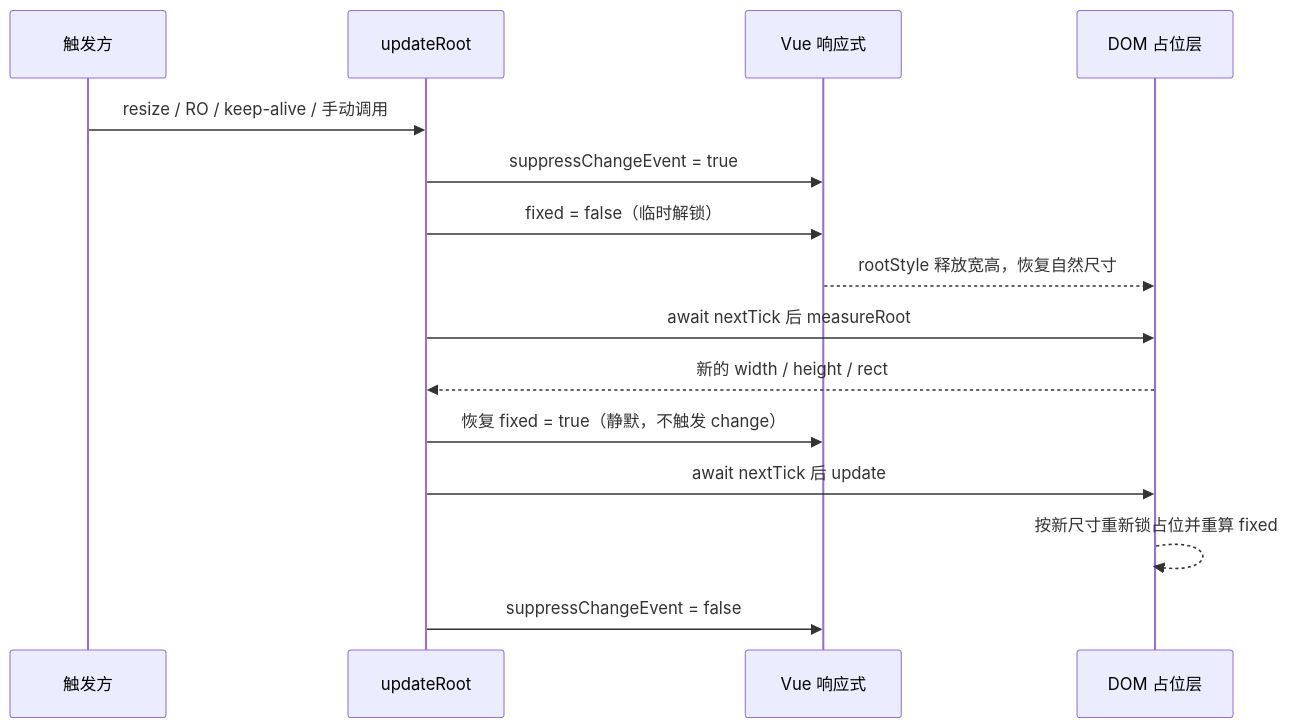
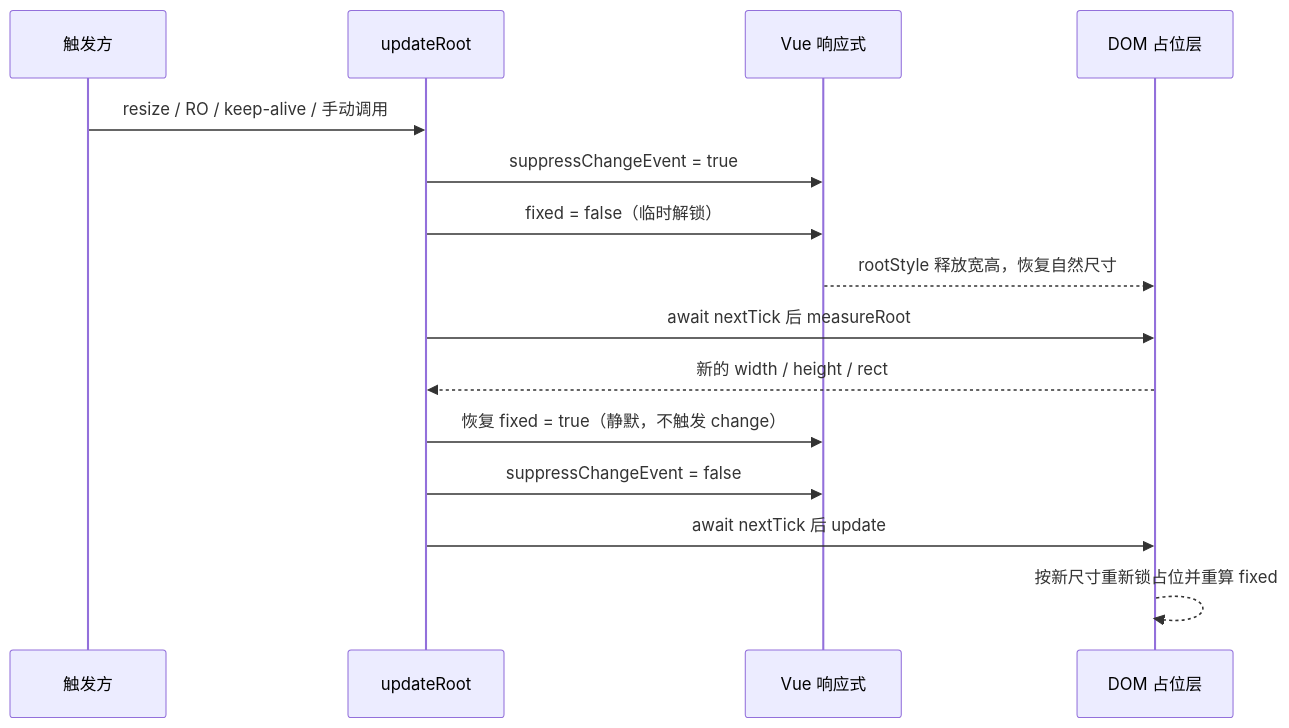
The second of 2 diagrams in column/5-13-Affix-固钉的几何计算.md (zhangzhengyang27/xiaoye-components), drawn with Mermaid before and after one commit. The commit also changed other lines of this file and 19 other files, not shown here.

````diff
--- a/column/5-13-Affix-固钉的几何计算.md
+++ b/column/5-13-Affix-固钉的几何计算.md
@@ -432,17 +432,17 @@
 ```mermaid
 sequenceDiagram
     participant C as 触发方
     participant U as updateRoot
     participant R as Vue 响应式
     participant D as DOM 占位层
     C->>U: resize / RO / keep-alive / 手动调用
     U->>R: suppressChangeEvent = true
     U->>R: fixed = false（临时解锁）
     R-->>D: rootStyle 释放宽高，恢复自然尺寸
     U->>D: await nextTick 后 measureRoot
     D-->>U: 新的 width / height / rect
     U->>R: 恢复 fixed = true（静默，不触发 change）
+    U->>R: suppressChangeEvent = false
     U->>D: await nextTick 后 update
     D-->>D: 按新尺寸重新锁占位并重算 fixed
-    U->>R: suppressChangeEvent = false
 ```
````
